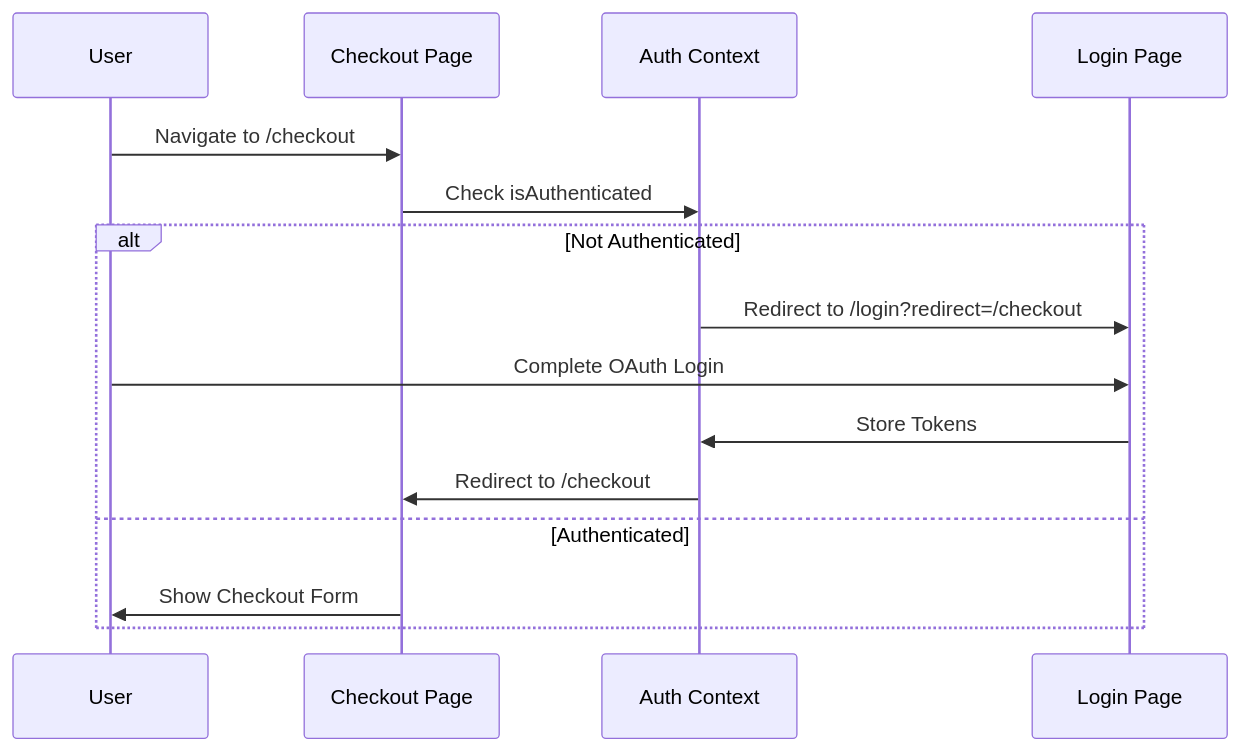
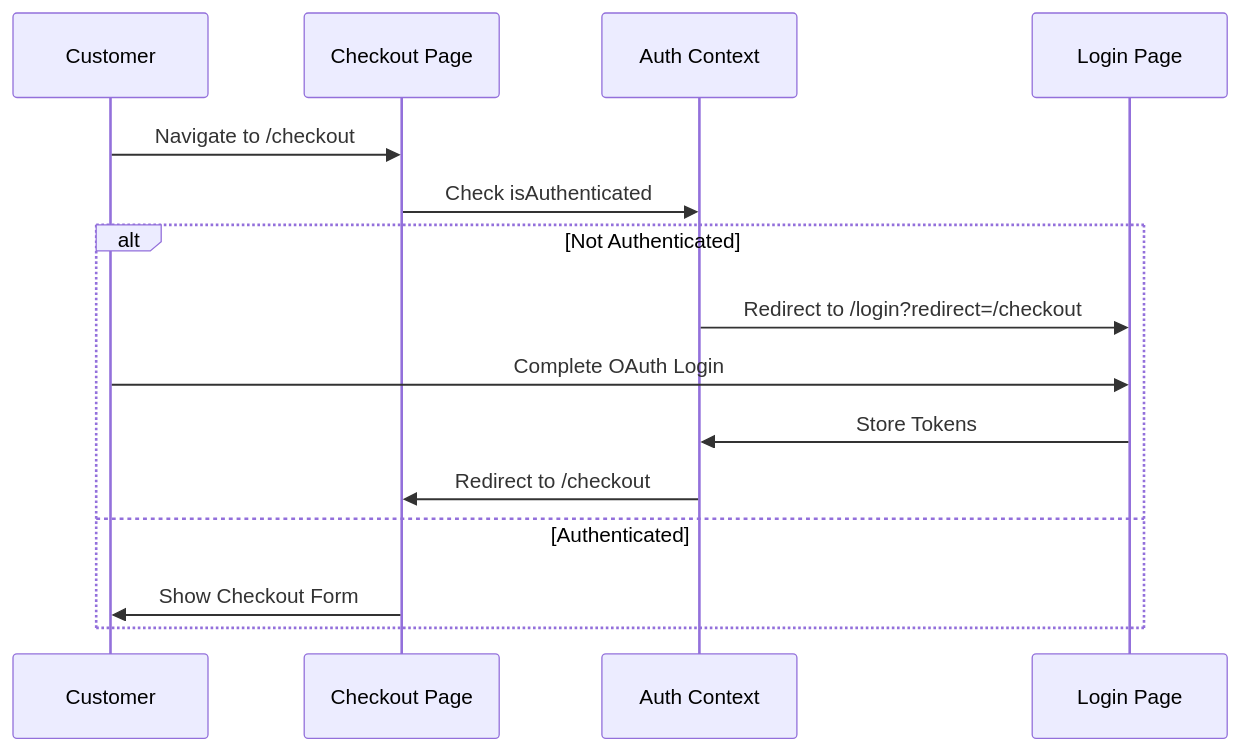
The fourth of 5 diagrams in .kiro/specs/oauth-only-authentication/design.md (thuanthe81/node-ecommerce), drawn with Mermaid before and after one commit. The commit also changed other lines of this file and 198 other files, not shown here.

````diff
--- a/.kiro/specs/oauth-only-authentication/design.md
+++ b/.kiro/specs/oauth-only-authentication/design.md
@@ -94,18 +118,18 @@
 ```mermaid
 sequenceDiagram
-    participant U as User
-    participant C as Checkout Page
+    participant C as Customer
+    participant CP as Checkout Page
     participant A as Auth Context
     participant L as Login Page
 
-    U->>C: Navigate to /checkout
-    C->>A: Check isAuthenticated
+    C->>CP: Navigate to /checkout
+    CP->>A: Check isAuthenticated
     alt Not Authenticated
         A->>L: Redirect to /login?redirect=/checkout
-        U->>L: Complete OAuth Login
+        C->>L: Complete OAuth Login
         L->>A: Store Tokens
-        A->>C: Redirect to /checkout
+        A->>CP: Redirect to /checkout
     else Authenticated
-        C->>U: Show Checkout Form
+        CP->>C: Show Checkout Form
     end
 ```
````
